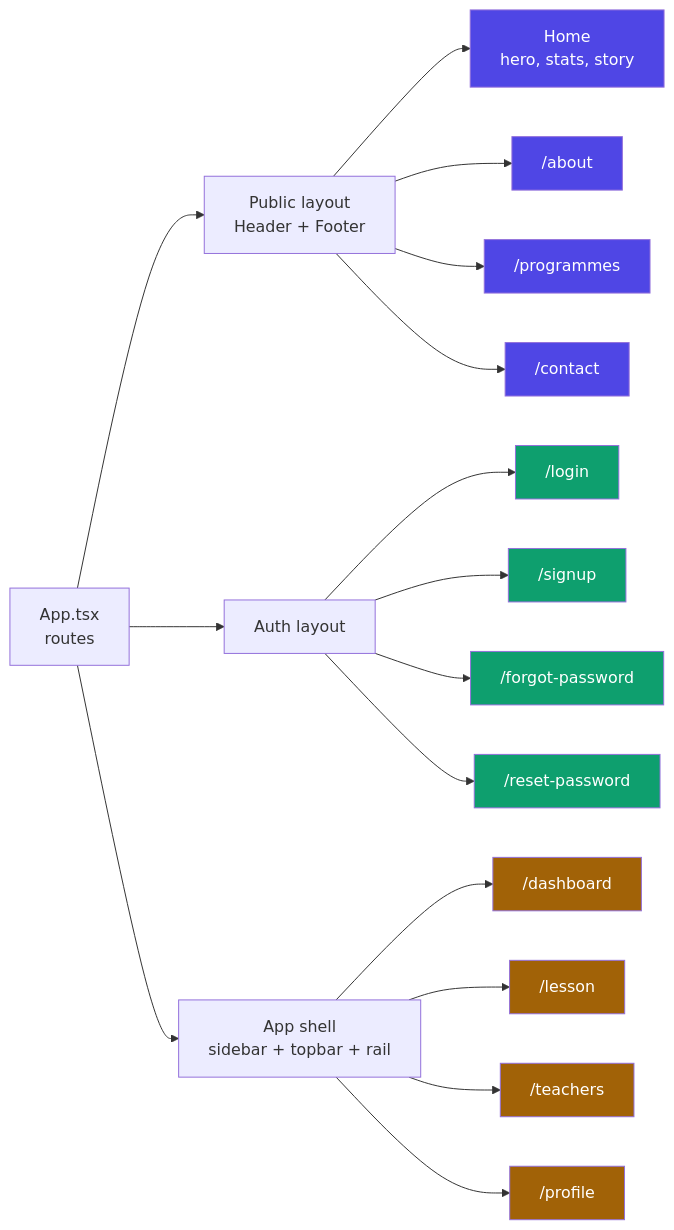
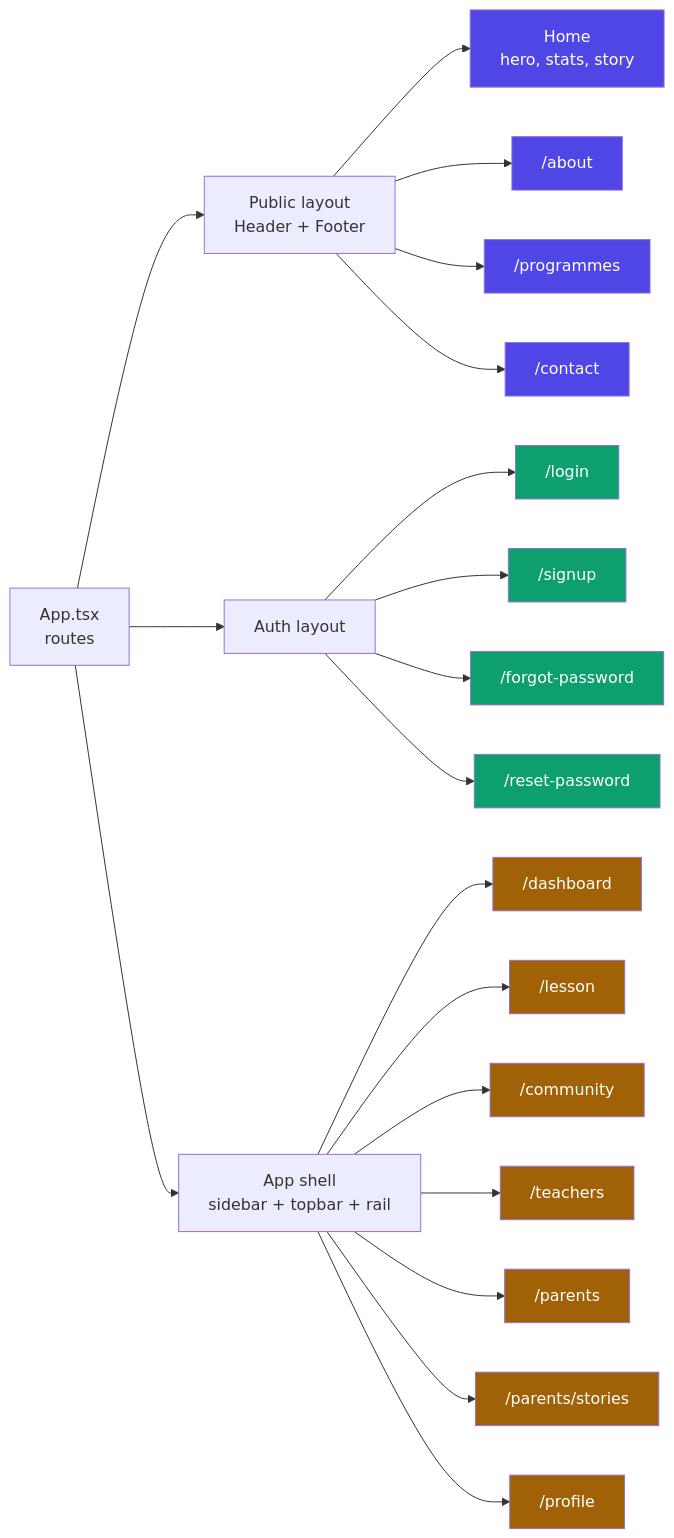
Before and after one commit to kelvintawe13/imfundo_Guest: the first of 2 diagrams in README.md, drawn with Mermaid. The commit also changed other lines of this file and 42 other files, not shown here.

````diff
--- a/README.md
+++ b/README.md
@@ -84,37 +87,43 @@
 ```mermaid
 flowchart LR
   APP["App.tsx<br/>routes"] --> PUB["Public layout<br/>Header + Footer"]
   APP --> AUTH["Auth layout"]
   APP --> SHELL["App shell<br/>sidebar + topbar + rail"]
 
   PUB --> HOME["Home<br/>hero, stats, story"]:::surf
   PUB --> ABOUT["/about"]:::surf
   PUB --> PROGRAMMES["/programmes"]:::surf
   PUB --> CONTACT["/contact"]:::surf
   AUTH --> LOGIN["/login"]:::auth
   AUTH --> SIGNUP["/signup"]:::auth
   AUTH --> FORGOT["/forgot-password"]:::auth
   AUTH --> RESET["/reset-password"]:::auth
   SHELL --> DASH["/dashboard"]:::app
   SHELL --> LESSON["/lesson"]:::app
+  SHELL --> COMMUNITY["/community"]:::app
   SHELL --> TEACHERS["/teachers"]:::app
+  SHELL --> PARENTS["/parents"]:::app
+  SHELL --> STORIES["/parents/stories"]:::app
   SHELL --> PROFILE["/profile"]:::app
 
   classDef surf fill:#4F46E5,color:#fff;
   classDef auth fill:#0E9F6E,color:#fff;
   classDef app fill:#A16207,color:#fff;
 
   click APP href "src/App.tsx"
   click HOME href "src/pages/Home.tsx"
   click ABOUT href "src/pages/About.tsx"
   click PROGRAMMES href "src/pages/Programmes.tsx"
   click CONTACT href "src/pages/Contact.tsx"
   click LOGIN href "src/pages/auth/Login.tsx"
   click SIGNUP href "src/pages/auth/Signup.tsx"
   click FORGOT href "src/pages/auth/ForgotPassword.tsx"
   click RESET href "src/pages/auth/ResetPassword.tsx"
   click DASH href "src/pages/Dashboard.tsx"
   click LESSON href "src/pages/LessonPlayer.tsx"
+  click COMMUNITY href "src/pages/Community.tsx"
   click TEACHERS href "src/pages/TeacherCorner.tsx"
+  click PARENTS href "src/pages/ParentCorner.tsx"
+  click STORIES href "src/pages/ParentStories.tsx"
   click PROFILE href "src/pages/Profile.tsx"
 ```
````
